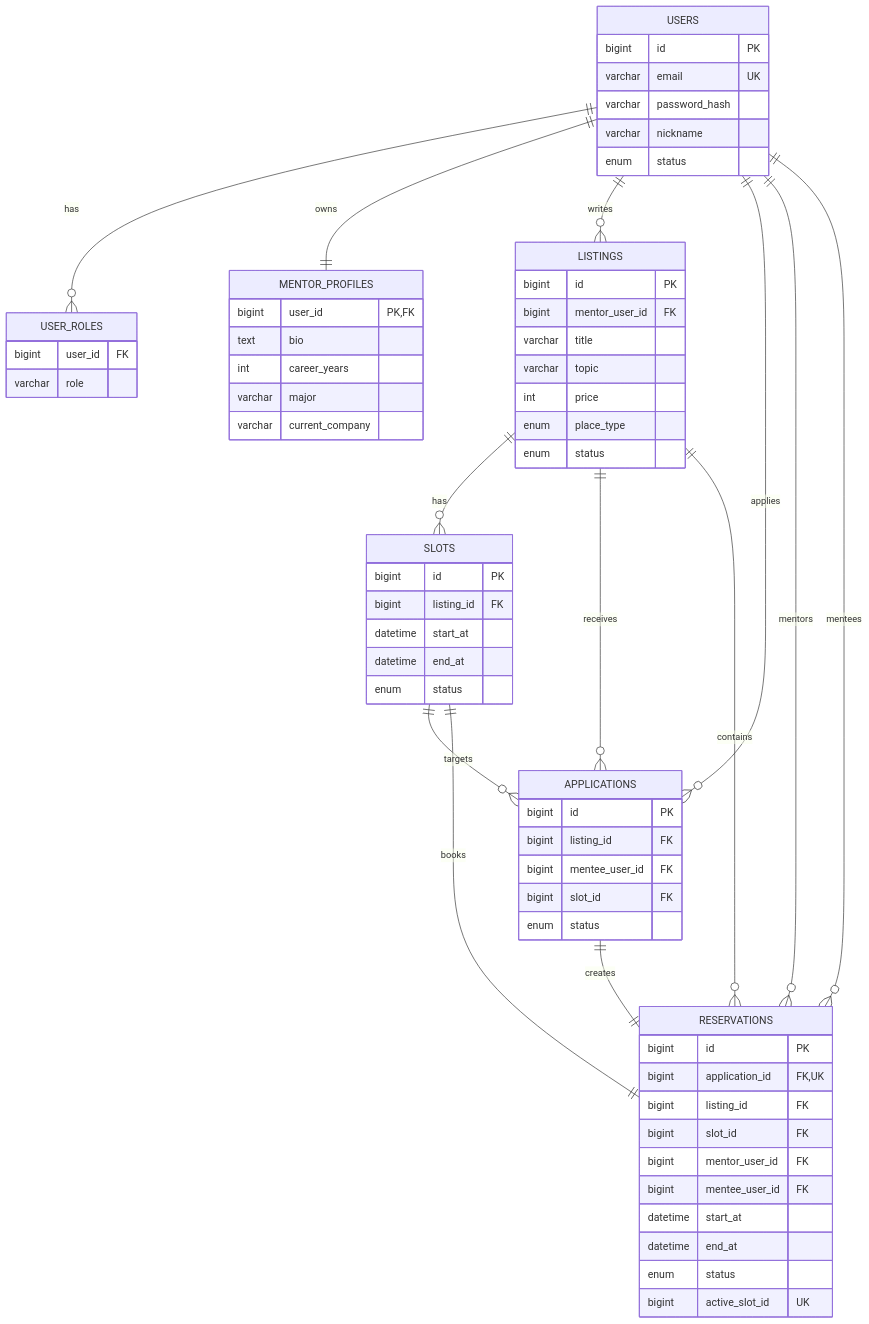
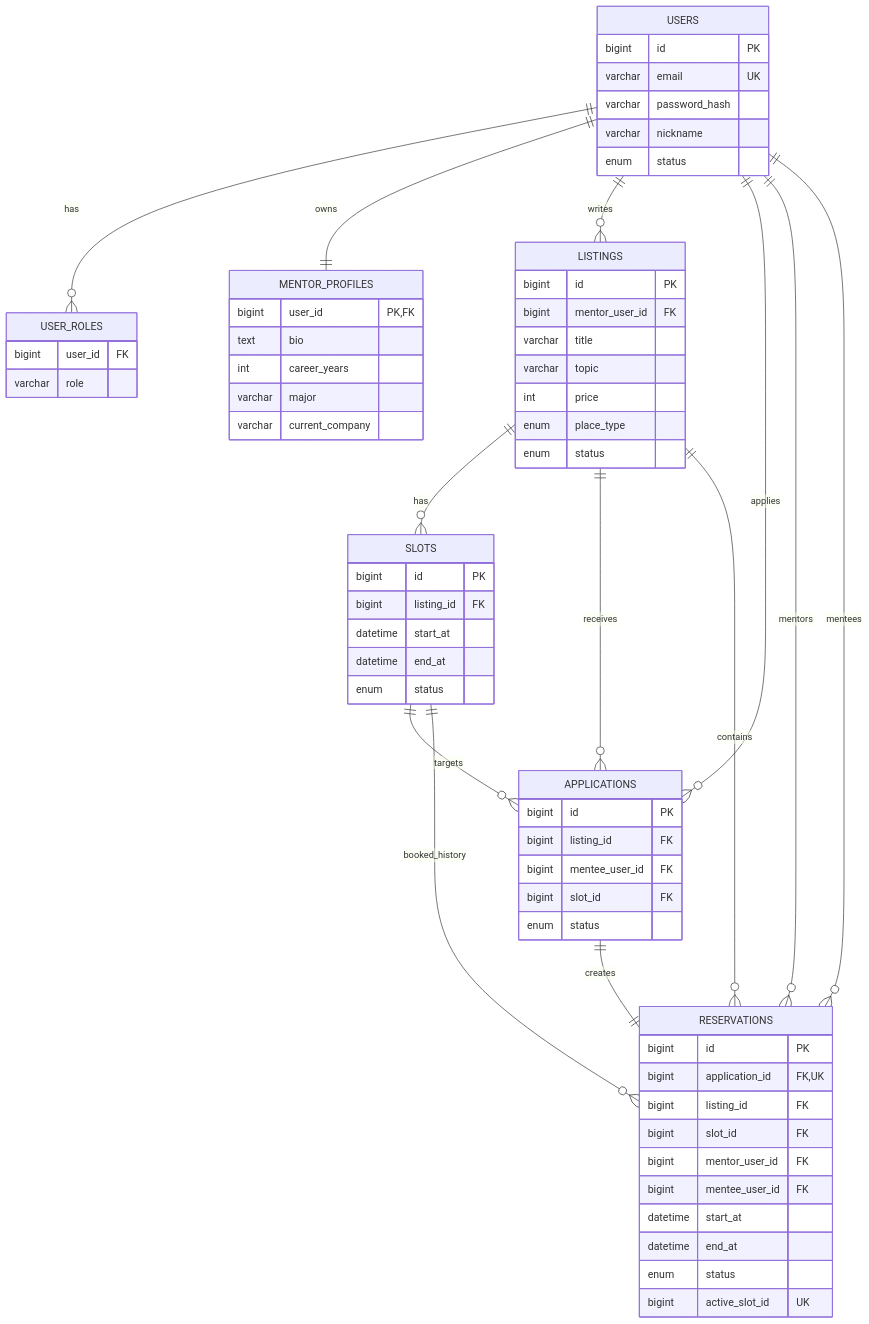
One commit to jkim1202/mentoring changed the diagram in README.md. Above: the diagram before and after it, drawn with Mermaid. The commit also changed other lines of this file and 3 other files, not shown here.

````diff
--- a/README.md
+++ b/README.md
@@ -113,78 +113,78 @@
 ```mermaid
 erDiagram
     USERS ||--o{ USER_ROLES : has
     USERS ||--|| MENTOR_PROFILES : owns
     USERS ||--o{ LISTINGS : writes
     USERS ||--o{ APPLICATIONS : applies
     USERS ||--o{ RESERVATIONS : mentors
     USERS ||--o{ RESERVATIONS : mentees
 
     LISTINGS ||--o{ SLOTS : has
     LISTINGS ||--o{ APPLICATIONS : receives
     LISTINGS ||--o{ RESERVATIONS : contains
 
     SLOTS ||--o{ APPLICATIONS : targets
-    SLOTS ||--|| RESERVATIONS : books
+    SLOTS ||--o{ RESERVATIONS : booked_history
 
     APPLICATIONS ||--|| RESERVATIONS : creates
 
     USERS {
         bigint id PK
         varchar email UK
         varchar password_hash
         varchar nickname
         enum status
     }
 
     USER_ROLES {
         bigint user_id FK
         varchar role
     }
 
     MENTOR_PROFILES {
         bigint user_id PK, FK
         text bio
         int career_years
         varchar major
         varchar current_company
     }
 
     LISTINGS {
         bigint id PK
         bigint mentor_user_id FK
         varchar title
         varchar topic
         int price
         enum place_type
         enum status
     }
 
     SLOTS {
         bigint id PK
         bigint listing_id FK
         datetime start_at
         datetime end_at
         enum status
     }
 
     APPLICATIONS {
         bigint id PK
         bigint listing_id FK
         bigint mentee_user_id FK
         bigint slot_id FK
         enum status
     }
 
     RESERVATIONS {
         bigint id PK
         bigint application_id FK, UK
         bigint listing_id FK
         bigint slot_id FK
         bigint mentor_user_id FK
         bigint mentee_user_id FK
         datetime start_at
         datetime end_at
         enum status
         bigint active_slot_id UK
     }
 ```
````
